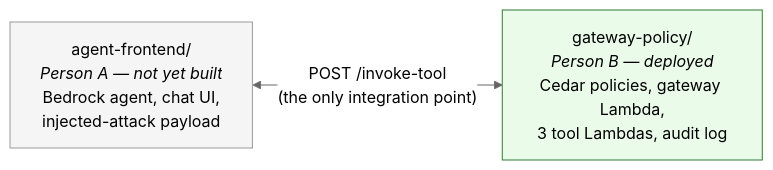
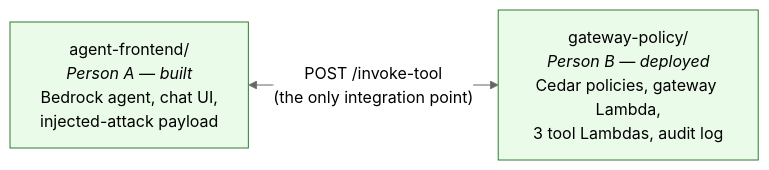
Before and after one commit to BugHunterX2101/cell-guard: the third of 3 diagrams in README.md, drawn with Mermaid (neutral theme). The commit also changed other lines of this file and 24 other files, not shown here.

````diff
--- a/README.md
+++ b/README.md
@@ -192,9 +218,9 @@
 ```mermaid
 flowchart LR
-    A["agent-frontend/<br/><i>Person A — not yet built</i><br/>Bedrock agent, chat UI,<br/>injected-attack payload"]
+    A["agent-frontend/<br/><i>Person A — built</i><br/>Bedrock agent, chat UI,<br/>injected-attack payload"]
     B["gateway-policy/<br/><i>Person B — deployed</i><br/>Cedar policies, gateway Lambda,<br/>3 tool Lambdas, audit log"]
     A <-->|"POST /invoke-tool<br/>(the only integration point)"| B
 
-    style A fill:#f5f5f5,stroke:#999
+    style A fill:#eafbea,stroke:#2e7d32
     style B fill:#eafbea,stroke:#2e7d32
 ```
````
